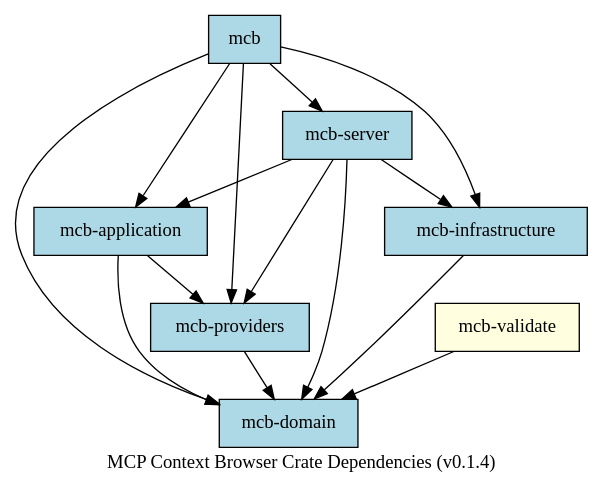
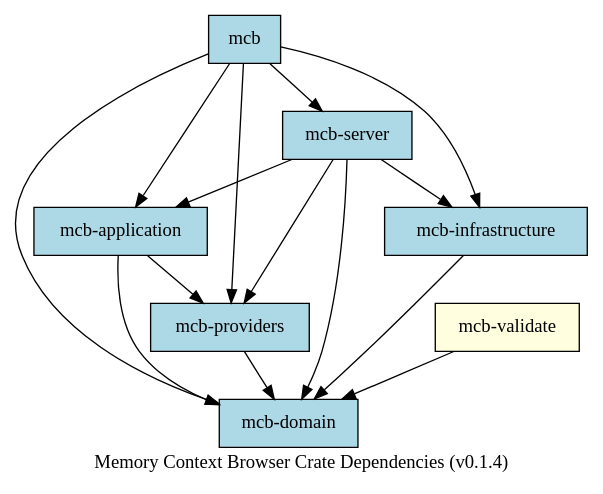
Before and after one commit to marlonsc/mcb: the diagram in docs/modules/dependencies.md, drawn with Graphviz. The commit also changed other lines of this file and 64 other files, not shown here.

First line of the commit message:
refactor: rename MCP Context Browser to Memory Context Browser across documentation

````diff
--- a/docs/modules/dependencies.md
+++ b/docs/modules/dependencies.md
@@ -7,29 +7,29 @@
 ```dot
 digraph {
     rankdir=TB;
     node [shape=box, style=filled, fillcolor=lightblue];
 
     "mcb" -> "mcb-server";
     "mcb" -> "mcb-application";
     "mcb" -> "mcb-domain";
     "mcb" -> "mcb-infrastructure";
     "mcb" -> "mcb-providers";
 
     "mcb-server" -> "mcb-application";
     "mcb-server" -> "mcb-domain";
     "mcb-server" -> "mcb-infrastructure";
     "mcb-server" -> "mcb-providers";
 
     "mcb-application" -> "mcb-domain";
     "mcb-application" -> "mcb-providers";
 
     "mcb-infrastructure" -> "mcb-domain";
 
     "mcb-providers" -> "mcb-domain";
 
     "mcb-validate" [fillcolor=lightyellow];
     "mcb-validate" -> "mcb-domain";
 
-    label="MCP Context Browser Crate Dependencies (v0.1.4)";
+    label="Memory Context Browser Crate Dependencies (v0.1.4)";
 }
 ```
````
